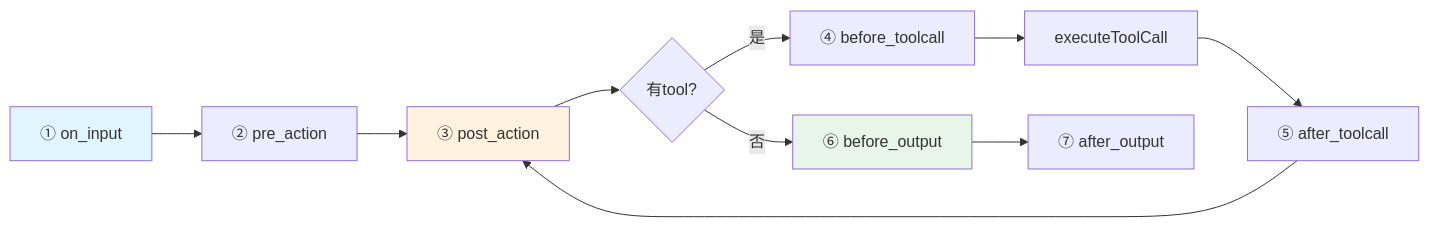
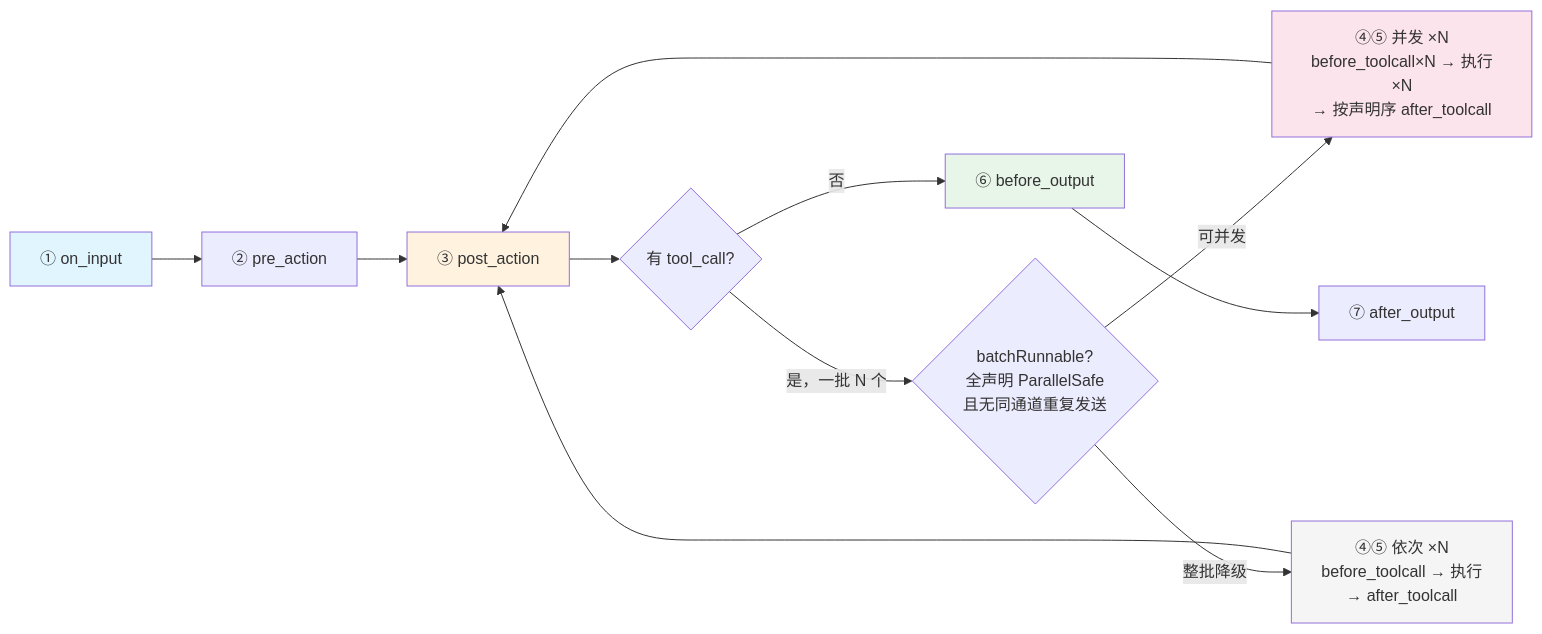
One commit to JianFeeeee/HomeAgent changed the second of 3 diagrams in README.md. Above: the diagram before and after it, drawn with Mermaid. The commit also changed other lines of this file and 1 other file, not shown here.

````diff
--- a/README.md
+++ b/README.md
@@ -103,15 +123,18 @@
 ```mermaid
 flowchart LR
     S1[① on_input] --> S2[② pre_action]
     S2 --> S3[③ post_action]
-    S3 --> Q{有tool?}
-    Q -->|是| S4[④ before_toolcall]
-    S4 --> T[executeToolCall]
-    T --> S5[⑤ after_toolcall]
-    S5 --> S3
+    S3 --> Q{有 tool_call?}
+    Q -->|是，一批 N 个| PB{batchRunnable?<br/>全声明 ParallelSafe<br/>且无同通道重复发送}
+    PB -->|可并发| S45P[④⑤ 并发 ×N<br/>before_toolcall×N → 执行×N<br/>→ 按声明序 after_toolcall]
+    PB -->|整批降级| S45S[④⑤ 依次 ×N<br/>before_toolcall → 执行<br/>→ after_toolcall]
+    S45P --> S3
+    S45S --> S3
     Q -->|否| S6[⑥ before_output]
     S6 --> S7[⑦ after_output]
     style S1 fill:#e1f5fe
     style S3 fill:#fff3e0
     style S6 fill:#e8f5e9
+    style S45P fill:#fce4ec
+    style S45S fill:#f5f5f5
 ```
````
